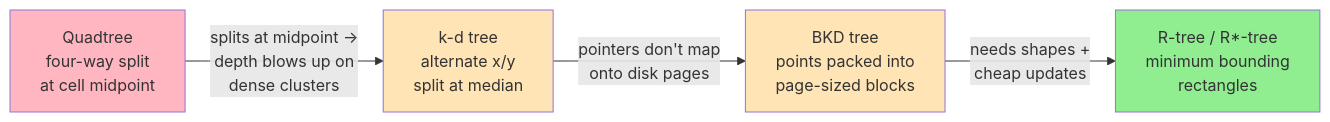
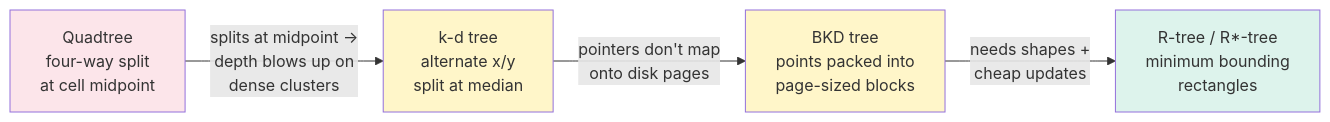
The second of 3 diagrams in LLD/SystemDesign/DeepDives/ProximitySearch.md (cartmancodes/InterviewVault), drawn with Mermaid before and after one commit. The commit also changed other lines of this file and 679 other files, not shown here.

Commit message:
Unify content diagrams and add accessible visual walkthroughs

````diff
--- a/LLD/SystemDesign/DeepDives/ProximitySearch.md
+++ b/LLD/SystemDesign/DeepDives/ProximitySearch.md
@@ -57,11 +57,11 @@
 ```mermaid
 graph LR
     Q["Quadtree<br/>four-way split<br/>at cell midpoint"] -->|"splits at midpoint →<br/>depth blows up on<br/>dense clusters"| K["k-d tree<br/>alternate x/y<br/>split at median"]
     K -->|"pointers don't map<br/>onto disk pages"| B["BKD tree<br/>points packed into<br/>page-sized blocks"]
     B -->|"needs shapes +<br/>cheap updates"| R["R-tree / R*-tree<br/>minimum bounding<br/>rectangles"]
 
-    style Q fill:#FFB6C1
-    style K fill:#FFE4B5
-    style B fill:#FFE4B5
-    style R fill:#90EE90
+    style Q fill:#FCE5EA
+    style K fill:#FFF6C9
+    style B fill:#FFF6C9
+    style R fill:#DDF3EC
 ```
````
